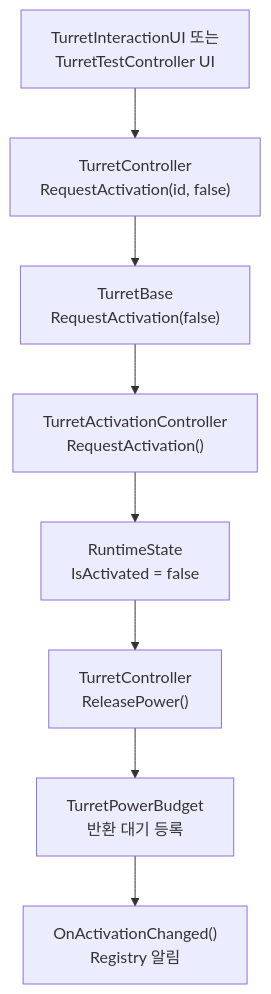
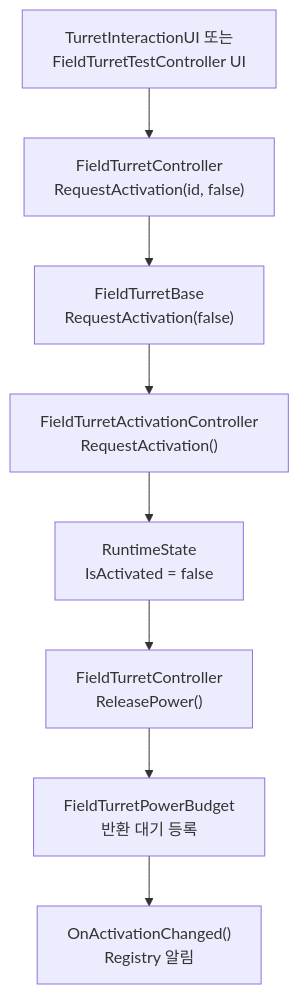
Before and after one commit to Team-HJD-21/unity-6-the-developer: the sixth of 17 diagrams in Docs/architecture/turret-system-guide.md, drawn with Mermaid. The commit also changed other lines of this file and 12 other files, not shown here.

Commit message:
docs(field-turret): update names and migration guide

````diff
--- a/Docs/architecture/turret-system-guide.md
+++ b/Docs/architecture/turret-system-guide.md
@@ -334,10 +336,10 @@
 ```mermaid
 flowchart TD
-    Request["TurretInteractionUI 또는<br>TurretTestController UI"] --> TurretController["TurretController<br>RequestActivation(id, false)"]
-    TurretController --> Base["TurretBase<br>RequestActivation(false)"]
-    Base --> Controller["TurretActivationController<br>RequestActivation()"]
+    Request["TurretInteractionUI 또는<br>FieldTurretTestController UI"] --> FieldTurretController["FieldTurretController<br>RequestActivation(id, false)"]
+    FieldTurretController --> Base["FieldTurretBase<br>RequestActivation(false)"]
+    Base --> Controller["FieldTurretActivationController<br>RequestActivation()"]
     Controller --> Off["RuntimeState<br>IsActivated = false"]
-    Off --> Source["TurretController<br>ReleasePower()"]
-    Source --> Release["TurretPowerBudget<br>반환 대기 등록"]
+    Off --> Source["FieldTurretController<br>ReleasePower()"]
+    Source --> Release["FieldTurretPowerBudget<br>반환 대기 등록"]
     Release --> Notify["OnActivationChanged()<br>Registry 알림"]
 ```
````
